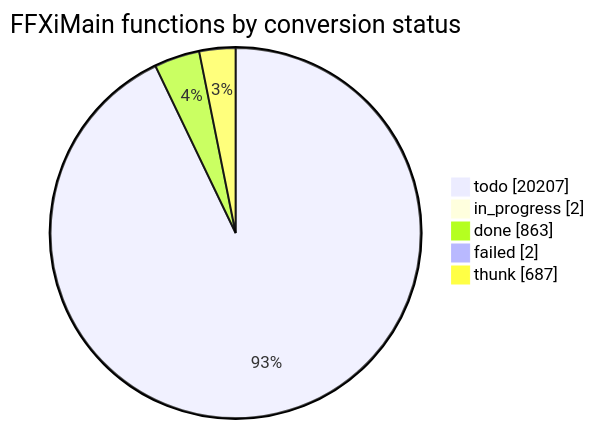
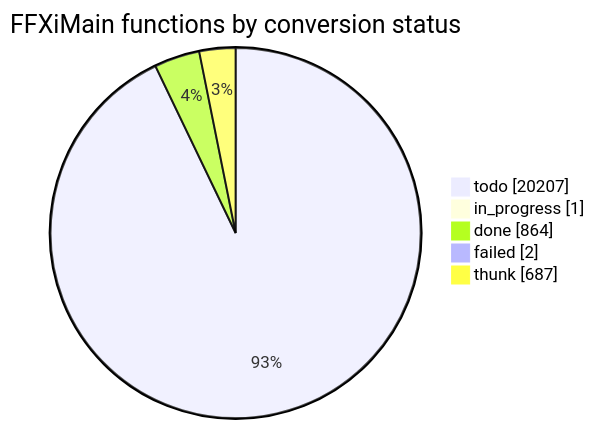
One commit to cowrevenge/cow_kuluu_xi_anything changed the diagram in docs/cow/STATUS.md. Above: the diagram before and after it, drawn with Mermaid. The commit also changed other lines of this file and 9 other files, not shown here.

````diff
--- a/docs/cow/STATUS.md
+++ b/docs/cow/STATUS.md
@@ -18,9 +18,9 @@
 ```mermaid
 pie showData
     title FFXiMain functions by conversion status
     "todo" : 20207
-    "in_progress" : 2
-    "done" : 863
+    "in_progress" : 1
+    "done" : 864
     "failed" : 2
     "thunk" : 687
 ```
````
